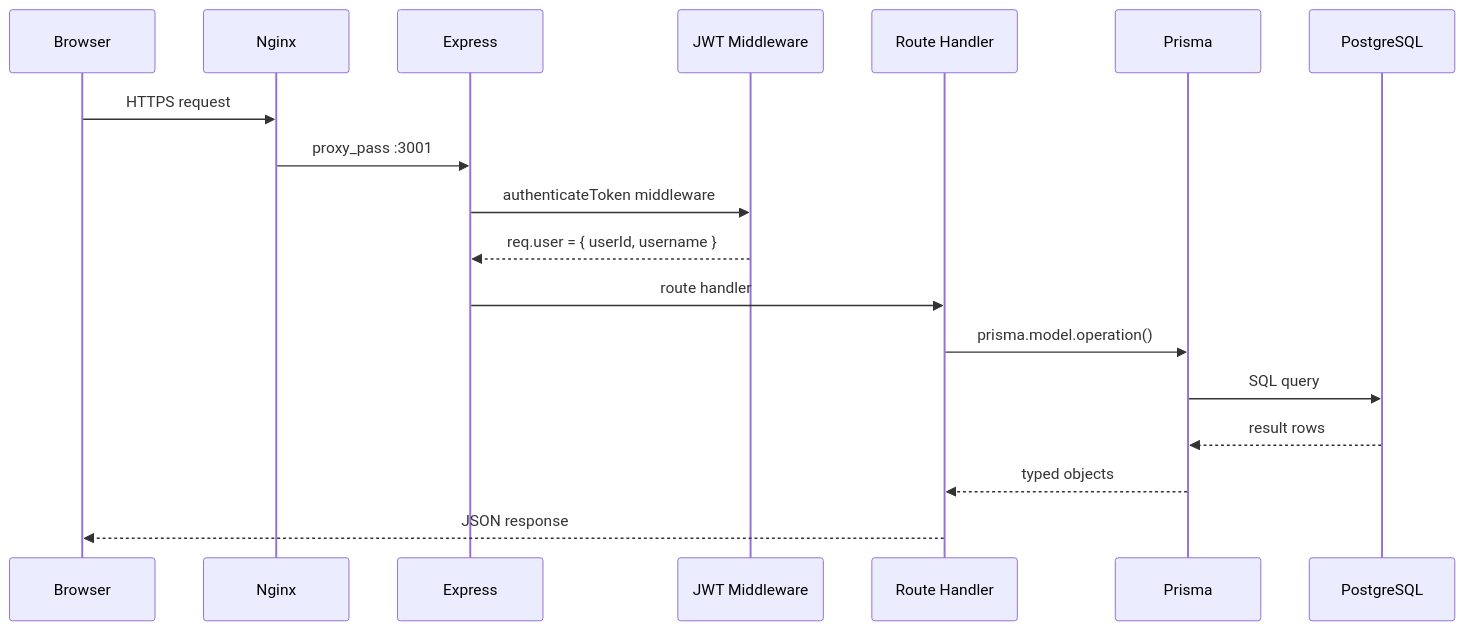
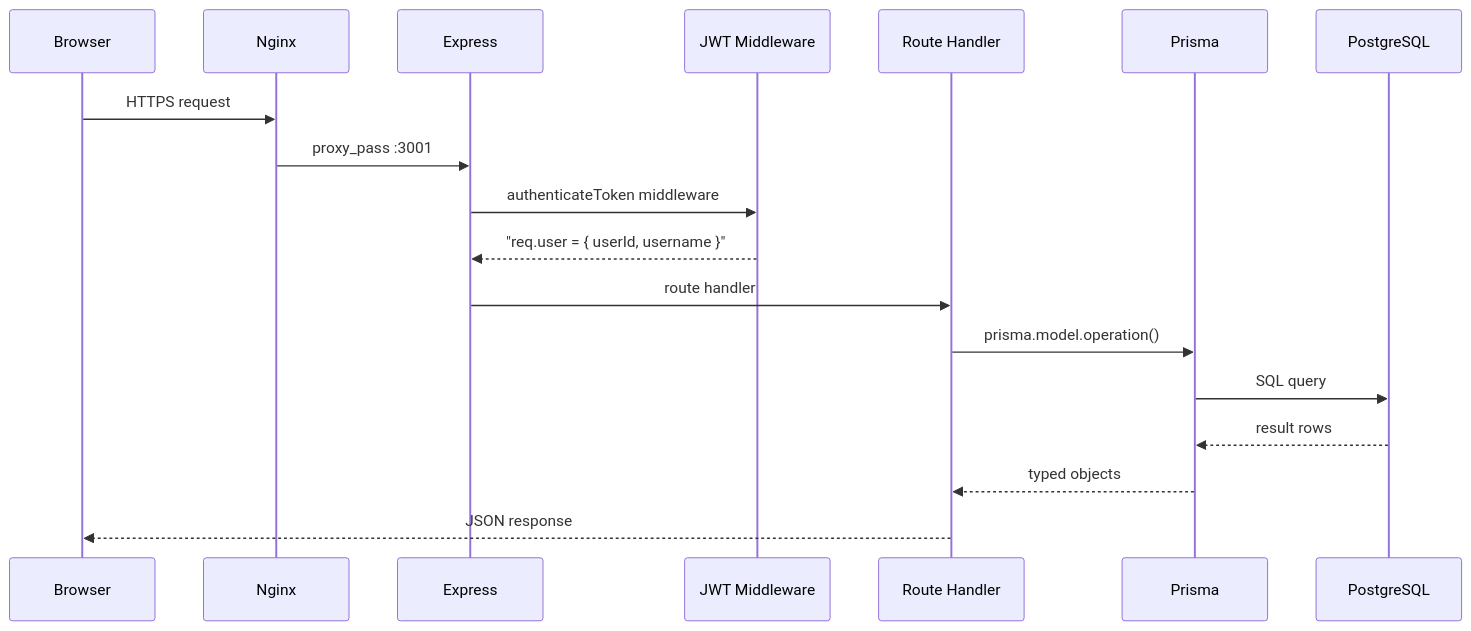
One commit to neofuture/chatr changed the second of 7 diagrams in Documentation/Architecture/index.md. Above: the diagram before and after it, drawn with Mermaid. The commit also changed other lines of this file and 5 other files, not shown here.

````diff
--- a/Documentation/Architecture/index.md
+++ b/Documentation/Architecture/index.md
@@ -93,21 +93,21 @@
 ```mermaid
 sequenceDiagram
     participant B as Browser
     participant N as Nginx
     participant E as Express
     participant J as JWT Middleware
     participant R as Route Handler
     participant P as Prisma
     participant DB as PostgreSQL
 
     B->>N: HTTPS request
     N->>E: proxy_pass :3001
     E->>J: authenticateToken middleware
-    J-->>E: req.user = { userId, username }
+    J-->>E: "req.user = { userId, username }"
     E->>R: route handler
     R->>P: prisma.model.operation()
     P->>DB: SQL query
     DB-->>P: result rows
     P-->>R: typed objects
     R-->>B: JSON response
 ```
````
